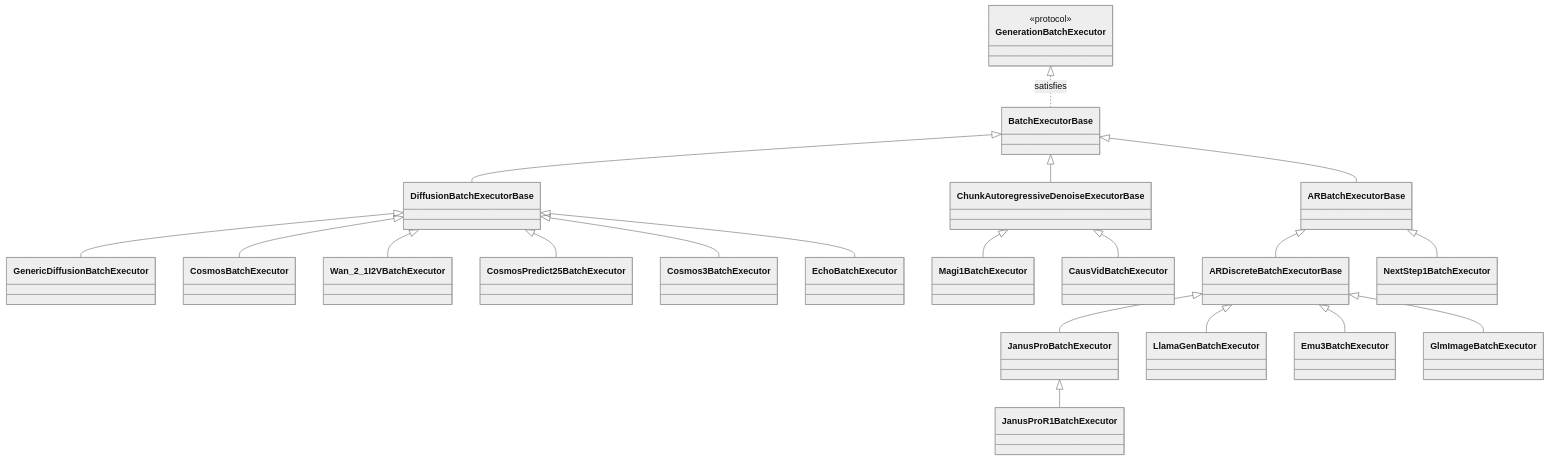
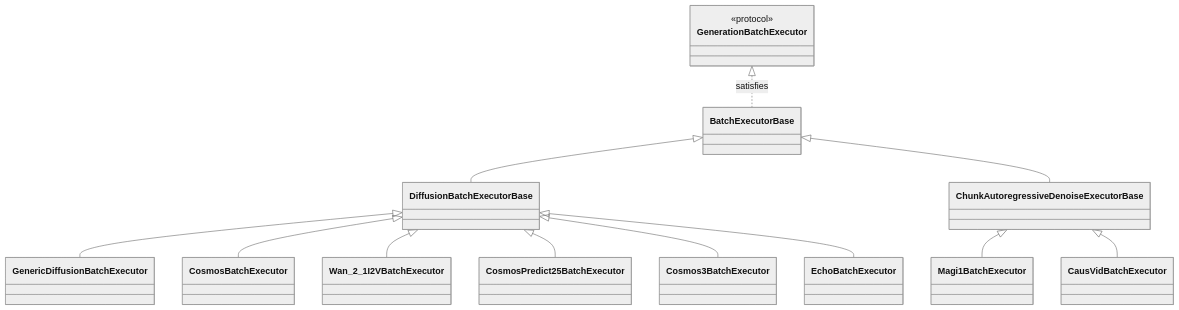
One commit to guoriyue/VRL changed the second of 3 diagrams in docs/ENGINE_ARCHITECTURE.md. Above: the diagram before and after it, drawn with Mermaid (neutral theme). The commit also changed other lines of this file and 12 other files, not shown here.

````diff
--- a/docs/ENGINE_ARCHITECTURE.md
+++ b/docs/ENGINE_ARCHITECTURE.md
@@ -107,29 +107,19 @@
 ```mermaid
 classDiagram
     class GenerationBatchExecutor { <<protocol>> }
     class BatchExecutorBase
     class DiffusionBatchExecutorBase
     class GenericDiffusionBatchExecutor
     class ChunkAutoregressiveDenoiseExecutorBase
-    class ARBatchExecutorBase
-    class ARDiscreteBatchExecutorBase
     GenerationBatchExecutor <|.. BatchExecutorBase : satisfies
     BatchExecutorBase <|-- DiffusionBatchExecutorBase
     BatchExecutorBase <|-- ChunkAutoregressiveDenoiseExecutorBase
-    BatchExecutorBase <|-- ARBatchExecutorBase
     DiffusionBatchExecutorBase <|-- GenericDiffusionBatchExecutor
-    ARBatchExecutorBase <|-- ARDiscreteBatchExecutorBase
     DiffusionBatchExecutorBase <|-- CosmosBatchExecutor
     DiffusionBatchExecutorBase <|-- Wan_2_1I2VBatchExecutor
     DiffusionBatchExecutorBase <|-- CosmosPredict25BatchExecutor
     DiffusionBatchExecutorBase <|-- Cosmos3BatchExecutor
     DiffusionBatchExecutorBase <|-- EchoBatchExecutor
     ChunkAutoregressiveDenoiseExecutorBase <|-- Magi1BatchExecutor
     ChunkAutoregressiveDenoiseExecutorBase <|-- CausVidBatchExecutor
-    ARBatchExecutorBase <|-- NextStep1BatchExecutor
-    ARDiscreteBatchExecutorBase <|-- JanusProBatchExecutor
-    JanusProBatchExecutor <|-- JanusProR1BatchExecutor
-    ARDiscreteBatchExecutorBase <|-- LlamaGenBatchExecutor
-    ARDiscreteBatchExecutorBase <|-- Emu3BatchExecutor
-    ARDiscreteBatchExecutorBase <|-- GlmImageBatchExecutor
 ```
````
